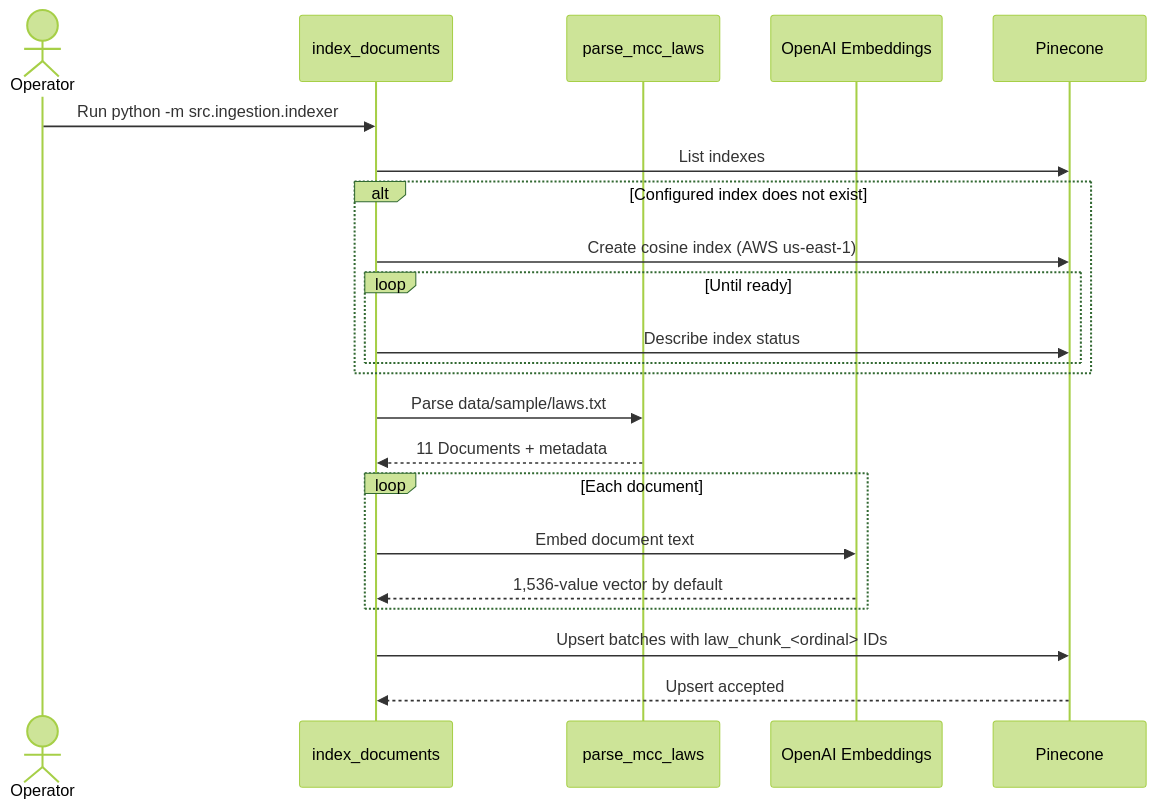
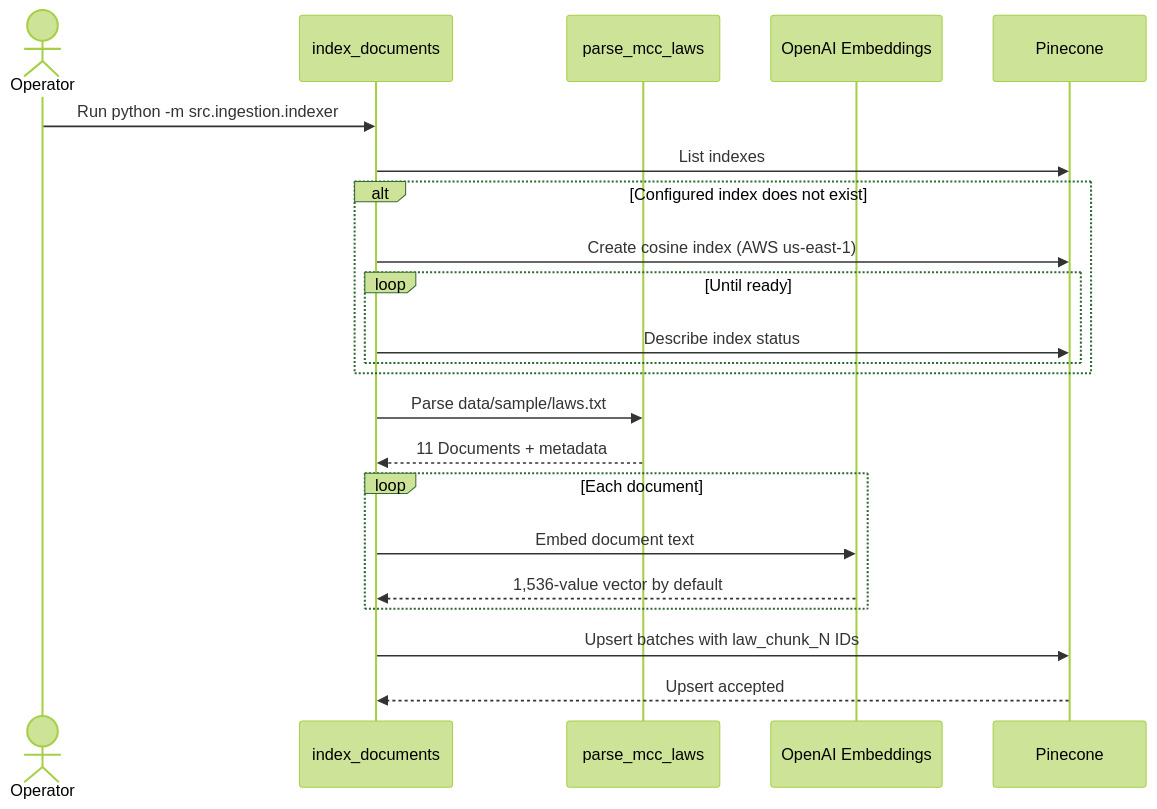
Before and after one commit to shanly-rajan/ai-builder: the second of 3 diagrams in projects/cricket-rag-engine/docs/architecture.md, drawn with Mermaid (forest theme).

Commit message:
fix: update architecture documentation to use generic law_chunk_N IDs for clarity

````diff
--- a/projects/cricket-rag-engine/docs/architecture.md
+++ b/projects/cricket-rag-engine/docs/architecture.md
@@ -65,25 +65,25 @@
 ```mermaid
 sequenceDiagram
     actor Operator
     participant I as index_documents
     participant P as parse_mcc_laws
     participant O as OpenAI Embeddings
     participant V as Pinecone
 
     Operator->>I: Run python -m src.ingestion.indexer
     I->>V: List indexes
     alt Configured index does not exist
         I->>V: Create cosine index (AWS us-east-1)
         loop Until ready
             I->>V: Describe index status
         end
     end
     I->>P: Parse data/sample/laws.txt
     P-->>I: 11 Documents + metadata
     loop Each document
         I->>O: Embed document text
         O-->>I: 1,536-value vector by default
     end
-    I->>V: Upsert batches with law_chunk_<ordinal> IDs
+    I->>V: Upsert batches with law_chunk_N IDs
     V-->>I: Upsert accepted
 ```
````
